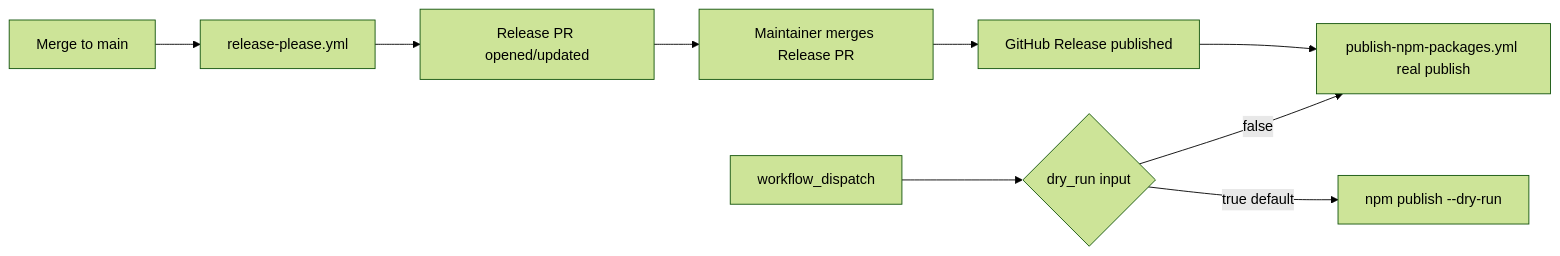
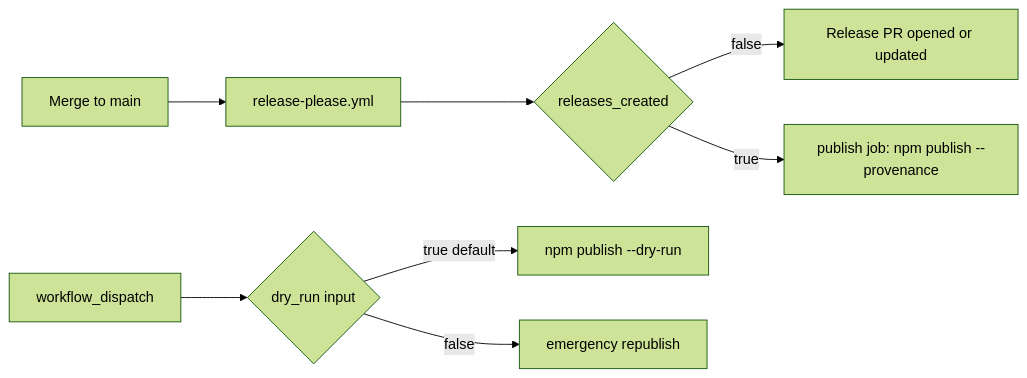
One commit to Digit-Technologies/digit-apps-starter changed the diagram in docs/npm-publishing.md. Above: the diagram before and after it, drawn with Mermaid (forest theme). The commit also changed other lines of this file and 3 other files, not shown here.

First line of the commit message:
fix: publish npm packages in the Release Please workflow

````diff
--- a/docs/npm-publishing.md
+++ b/docs/npm-publishing.md
@@ -181,11 +197,10 @@
 ```mermaid
 flowchart LR
   merge[Merge to main] --> rp[release-please.yml]
-  rp --> rpr[Release PR opened/updated]
-  rpr --> mergeRP[Maintainer merges Release PR]
-  mergeRP --> ghRel[GitHub Release published]
-  ghRel --> pub[publish-npm-packages.yml real publish]
+  rp --> gate{releases_created}
+  gate -->|false| rpr[Release PR opened or updated]
+  gate -->|true| pub["publish job: npm publish --provenance"]
   manual[workflow_dispatch] --> dry{dry_run input}
   dry -->|true default| dryRun[npm publish --dry-run]
-  dry -->|false| pub
+  dry -->|false| emergency[emergency republish]
 ```
````
